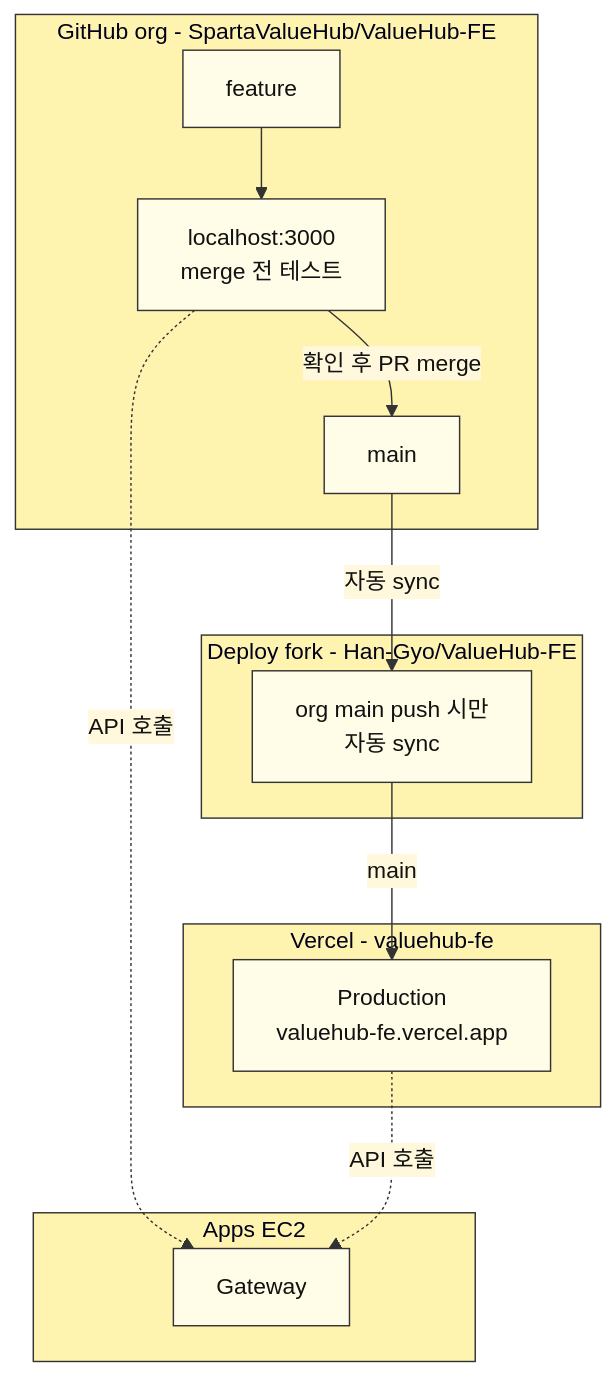
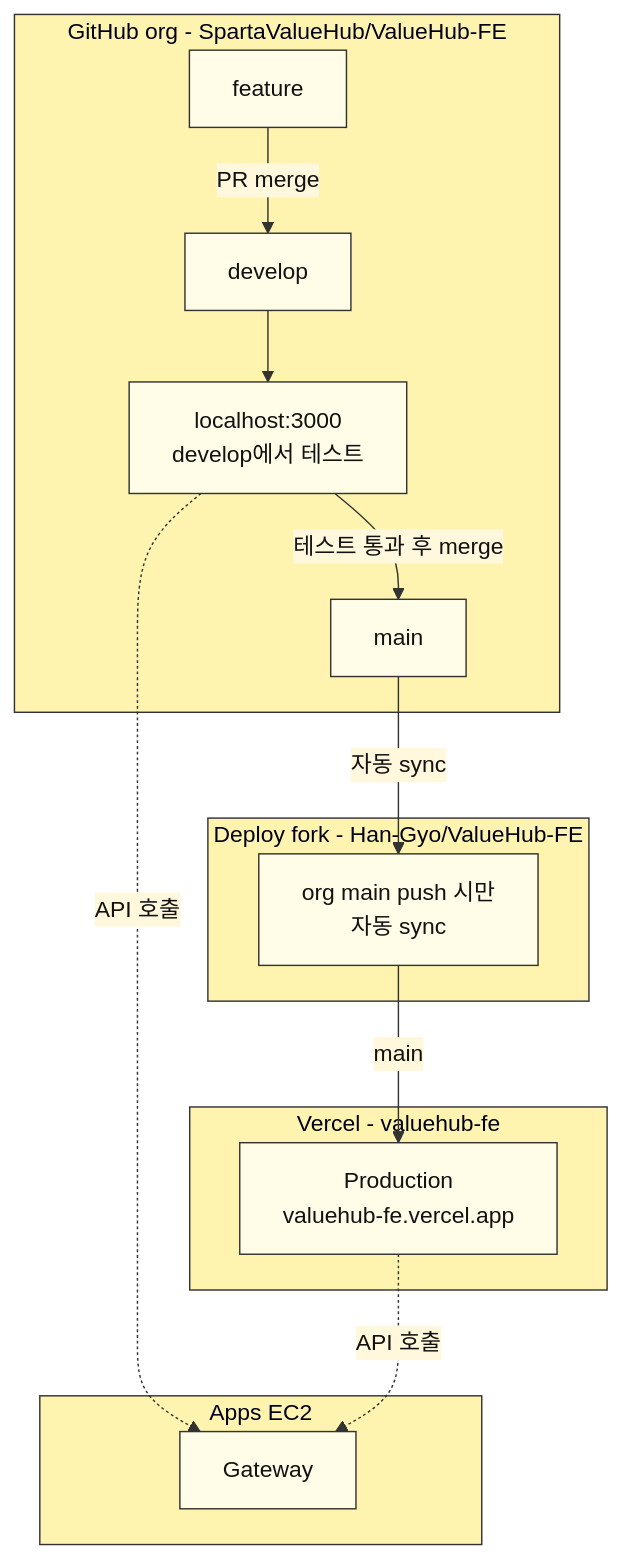
One commit to SpartaValueHub/ValueHub-FE changed the first of 6 diagrams in docs/vercel-deploy-team-notice.md. Above: the diagram before and after it, drawn with Mermaid. The commit also changed other lines of this file, not shown here.

Commit message:
docs: org는 develop 작업·테스트, fork/Vercel은 main만 sync

````diff
--- a/docs/vercel-deploy-team-notice.md
+++ b/docs/vercel-deploy-team-notice.md
@@ -34,43 +37,45 @@
 ```mermaid
 %%{init: {
   "theme": "base",
   "themeVariables": {
     "primaryColor": "#FFF3B0",
     "primaryTextColor": "#111",
     "primaryBorderColor": "#333",
     "lineColor": "#333",
     "secondaryColor": "#FFF8DC",
     "tertiaryColor": "#FFFDE7",
     "clusterBkg": "#FFF3B0",
     "clusterBorder": "#333"
   }
 }}%%
 flowchart TB
   subgraph Org["GitHub org - SpartaValueHub/ValueHub-FE"]
     FEAT["feature"]
-    LOCAL["localhost:3000<br/>merge 전 테스트"]
+    DEV["develop"]
+    LOCAL["localhost:3000<br/>develop에서 테스트"]
     MAIN["main"]
-    FEAT --> LOCAL
-    LOCAL -->|확인 후 PR merge| MAIN
+    FEAT -->|PR merge| DEV
+    DEV --> LOCAL
+    LOCAL -->|테스트 통과 후 merge| MAIN
   end
 
   subgraph Fork["Deploy fork - Han-Gyo/ValueHub-FE"]
     SYNC["org main push 시만<br/>자동 sync"]
   end
 
   subgraph Vercel["Vercel - valuehub-fe"]
     PROD["Production<br/>valuehub-fe.vercel.app"]
   end
 
   subgraph EC2["Apps EC2"]
     GW["Gateway"]
   end
 
   LOCAL -.->|API 호출| GW
   MAIN -->|자동 sync| SYNC
   SYNC -->|main| PROD
   PROD -.->|API 호출| GW
 
   classDef node fill:#FFFDE7,stroke:#333,color:#111;
-  class FEAT,LOCAL,MAIN,SYNC,PROD,GW node;
+  class FEAT,DEV,LOCAL,MAIN,SYNC,PROD,GW node;
 ```
````
